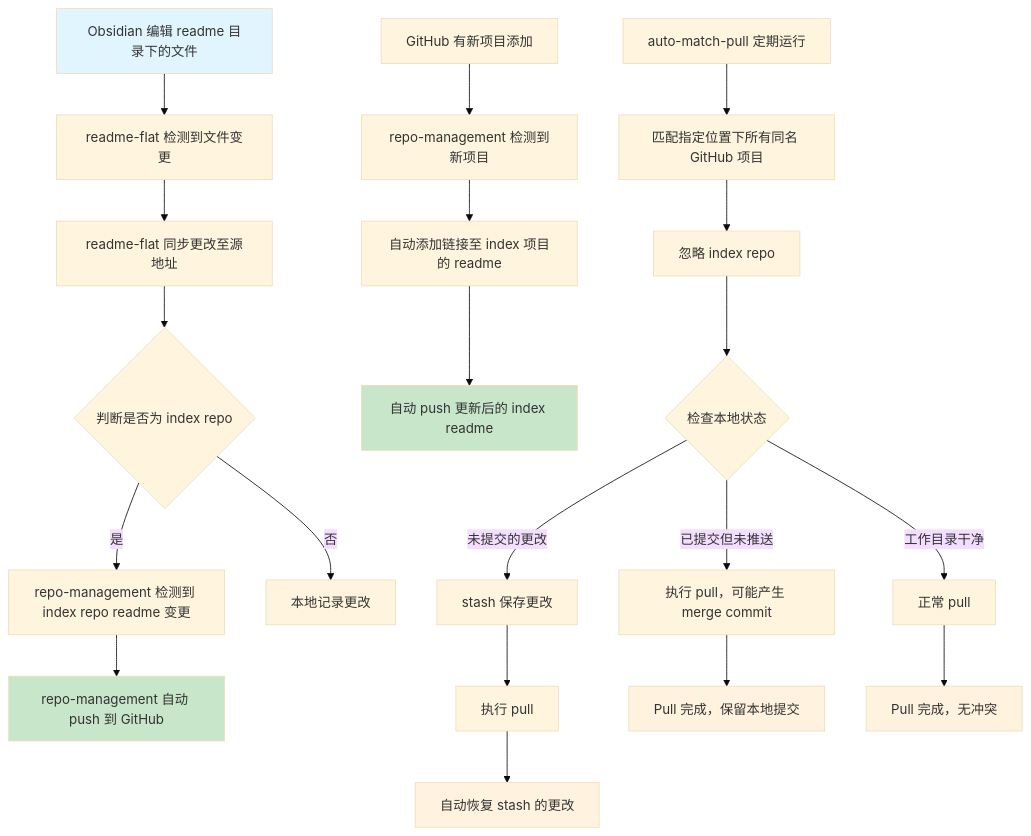
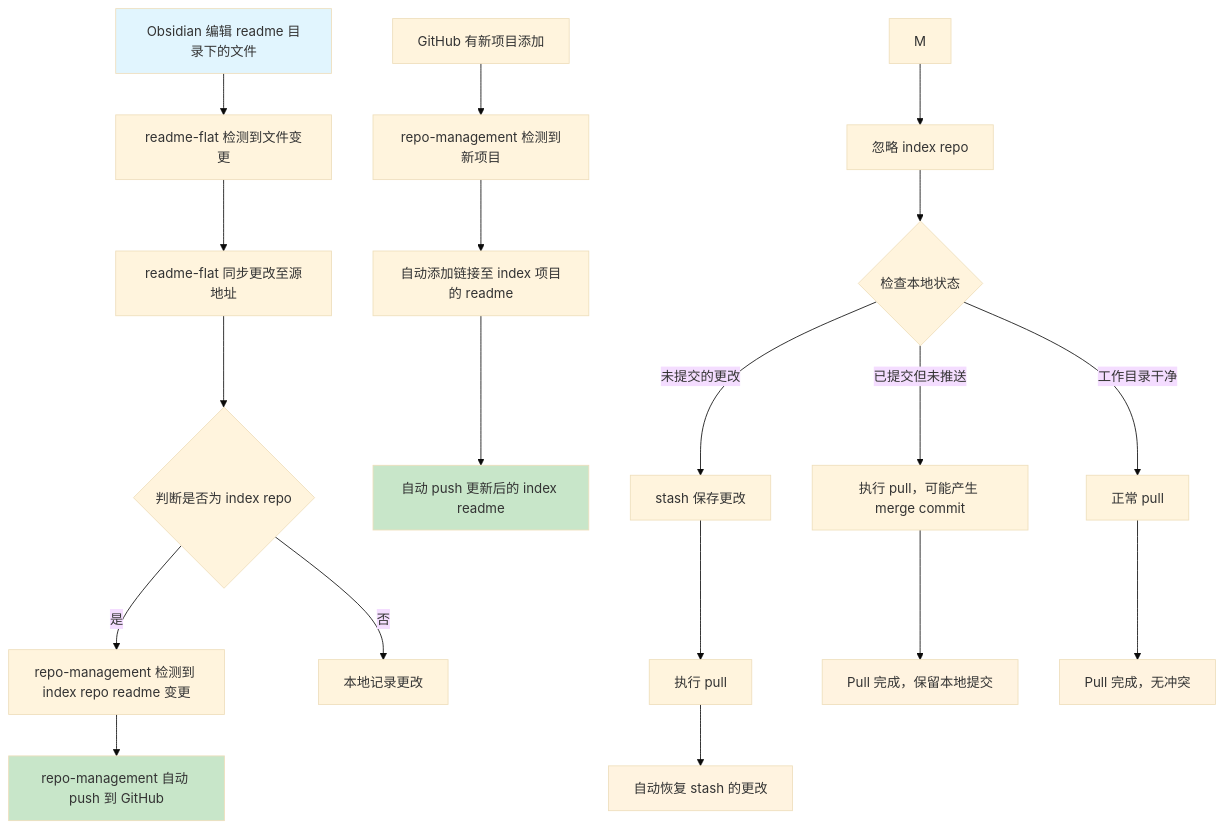
The diagram in README.md (APE-147/Default), drawn with Mermaid (base theme) before and after one commit. The commit also changed other lines of this file, not shown here.

Commit message:
Auto-update: 4 repositories indexed

````diff
--- a/README.md
+++ b/README.md
@@ -24,35 +23,35 @@
 ```mermaid
 flowchart TD
     A[Obsidian 编辑 readme 目录下的文件] --> B[readme-flat 检测到文件变更]
     B --> C[readme-flat 同步更改至源地址]
     C --> D{判断是否为 index repo}
     
     D -->|是| E[repo-management 检测到 index repo readme 变更]
     D -->|否| F[本地记录更改]
     
     E --> G[repo-management 自动 push 到 GitHub]
     
     H[GitHub 有新项目添加] --> I[repo-management 检测到新项目]
     I --> J[自动添加链接至 index 项目的 readme]
     J --> K[自动 push 更新后的 index readme]
     
-    L[auto-match-pull 定期运行] --> M[匹配指定位置下所有同名 GitHub 项目]
+    %% auto-match-pull 已移除
     M --> N[忽略 index repo]
     N --> O{检查本地状态}
     
     O -->|未提交的更改| P[stash 保存更改]
     O -->|已提交但未推送| Q[执行 pull，可能产生 merge commit]
     O -->|工作目录干净| R[正常 pull]
     
     P --> S[执行 pull]
     S --> T[自动恢复 stash 的更改]
     Q --> U[Pull 完成，保留本地提交]
     R --> V[Pull 完成，无冲突]
     
     style A fill:#e1f5fe
     style G fill:#c8e6c9
     style K fill:#c8e6c9
     style T fill:#fff3e0
     style U fill:#fff3e0
     style V fill:#fff3e0
 ```
````
